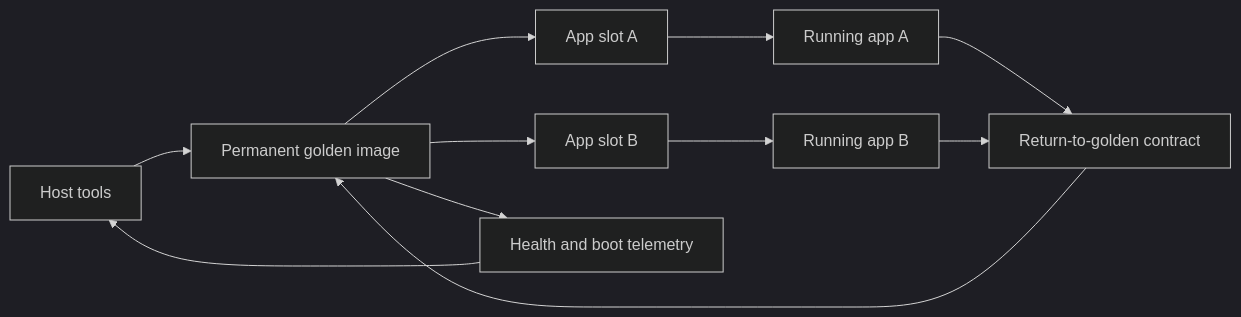
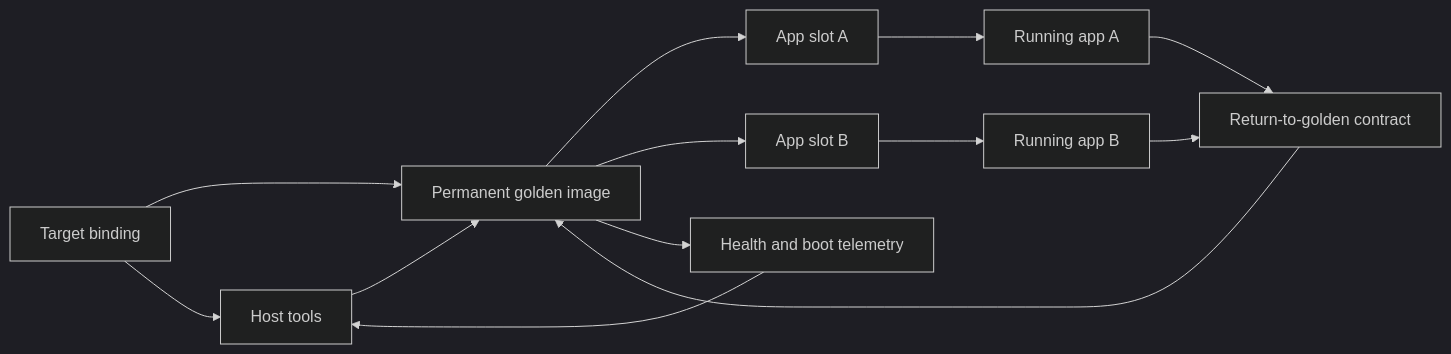
One commit to hapticasensorics/fpga-golden-multiboot-image-system changed the diagram in docs/architecture.md. Above: the diagram before and after it, drawn with Mermaid (dark theme). The commit also changed other lines of this file and 7 other files, not shown here.

````diff
--- a/docs/architecture.md
+++ b/docs/architecture.md
@@ -26,13 +33,15 @@
 ```mermaid
 flowchart LR
   Host["Host tools"] --> Golden["Permanent golden image"]
   Golden --> SlotA["App slot A"]
   Golden --> SlotB["App slot B"]
   SlotA --> AppA["Running app A"]
   SlotB --> AppB["Running app B"]
   AppA --> Return["Return-to-golden contract"]
   AppB --> Return
   Return --> Golden
   Golden --> Health["Health and boot telemetry"]
   Health --> Host
+  Target["Target binding"] --> Golden
+  Target --> Host
 ```
````
